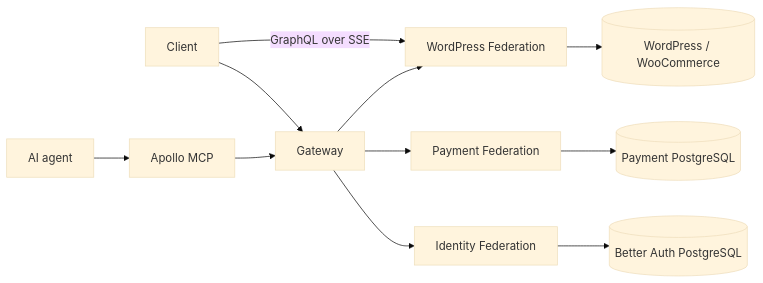
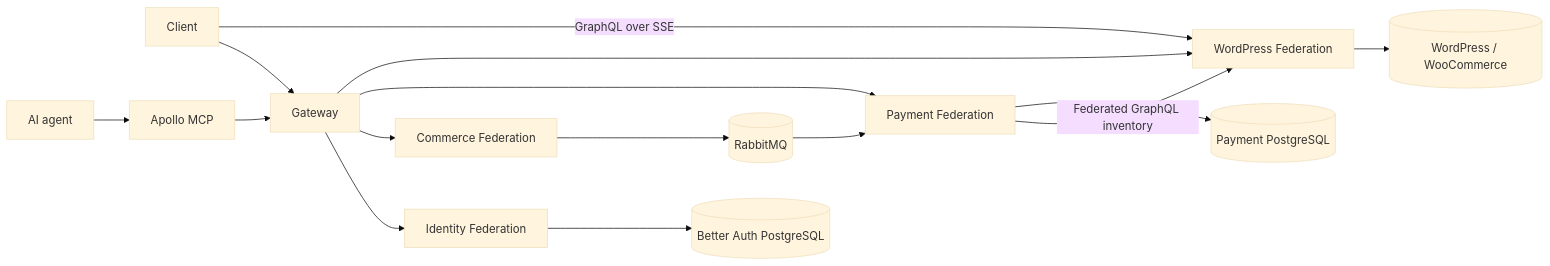
Before and after one commit to kaio-fabiano/desafio-dev-backend-senior: the first of 3 diagrams in README.md, drawn with Mermaid (base theme). The commit also changed other lines of this file and 63 other files, not shown here.

````diff
--- a/README.md
+++ b/README.md
@@ -13,12 +13,16 @@
 ```mermaid
 flowchart LR
   Client --> Gateway
   Agent[AI agent] --> MCP[Apollo MCP] --> Gateway
   Gateway --> Identity[Identity Federation]
+  Gateway --> Commerce[Commerce Federation]
   Gateway --> Payment[Payment Federation]
   Gateway --> WordPress[WordPress Federation]
+  Commerce --> RabbitMQ[(RabbitMQ)]
+  RabbitMQ --> Payment
+  Payment -->|Federated GraphQL inventory| WordPress
   Identity --> BetterAuth[(Better Auth PostgreSQL)]
   Payment --> PaymentDB[(Payment PostgreSQL)]
   WordPress --> Woo[(WordPress / WooCommerce)]
   Client -->|GraphQL over SSE| WordPress
 ```
````
